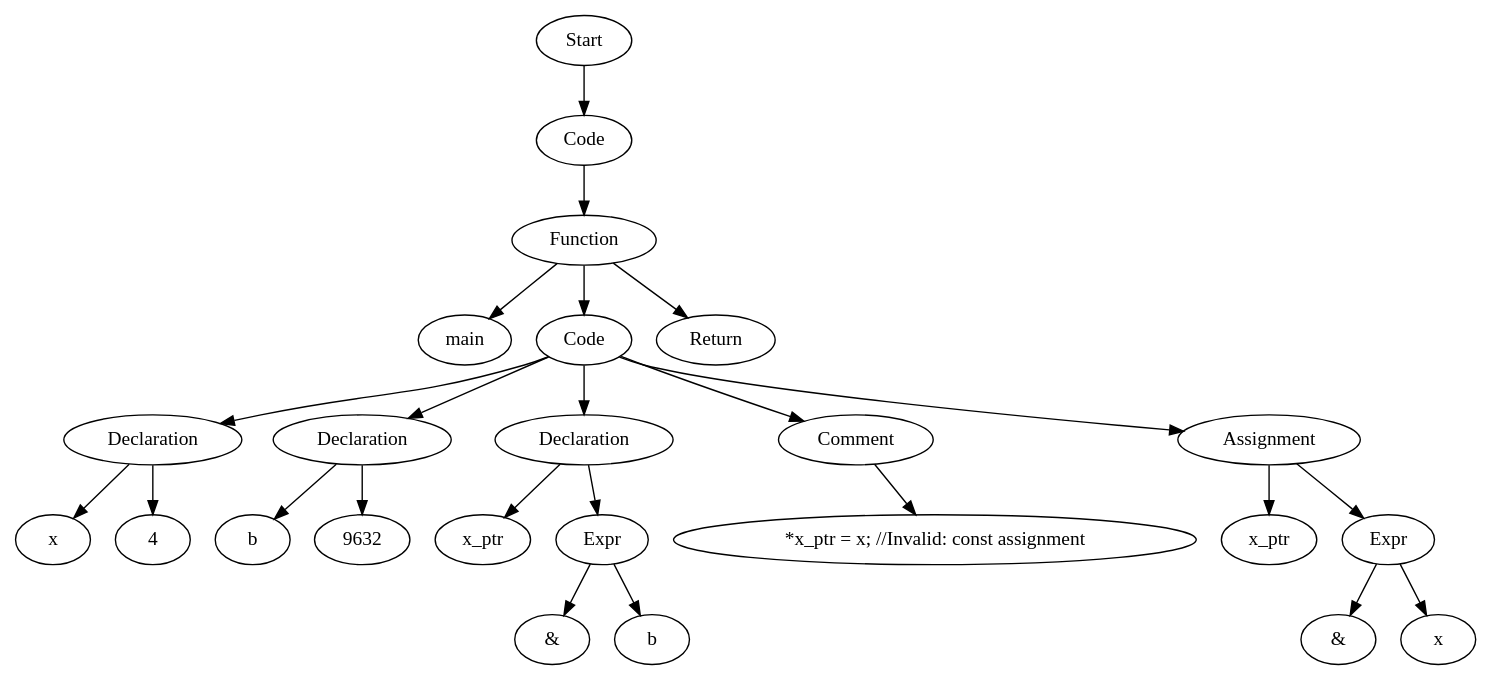
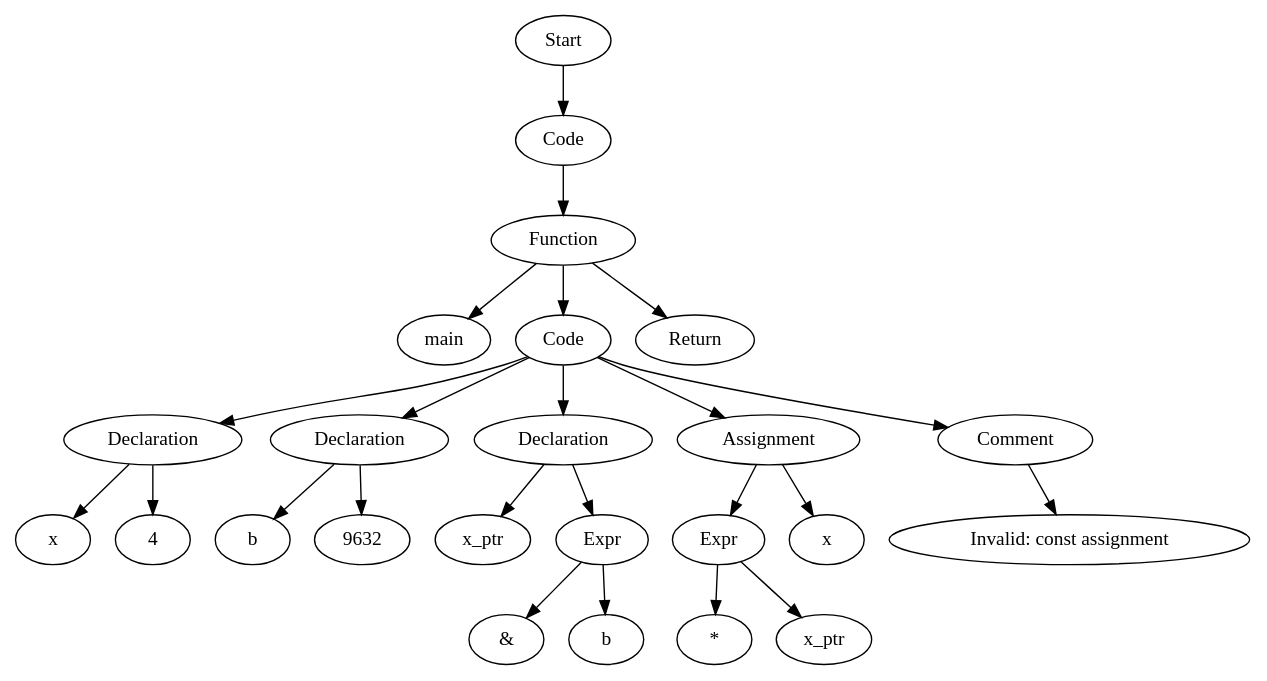
Before and after one commit to Are-you-listening/Compilers: the diagram in TestCases/ASTTests/SemanticErrorsTests/CreateTests/read_file_before.dot, drawn with Graphviz. The commit also changed 24 other files, not shown here.

```diff
--- a/TestCases/ASTTests/SemanticErrorsTests/CreateTests/read_file_before.dot
+++ b/TestCases/ASTTests/SemanticErrorsTests/CreateTests/read_file_before.dot
@@ -1,49 +1,49 @@
 digraph AST {
-  "125904123935616" [label="Start"];
-  "125904123935616" -> "125904123934848";
-  "125904123934848" [label="Code"];
-  "125904123934848" -> "125904123934656";
-  "125904123934656" [label="Function"];
-  "125904123934656" -> "125904123928944";
-  "125904123934656" -> "125904123930528";
-  "125904123934656" -> "125904123935760";
-  "125904123928944" [label="main"];
-  "125904123930528" [label="Code"];
-  "125904123930528" -> "125904123932592";
-  "125904123930528" -> "125904123933936";
-  "125904123930528" -> "125904123931440";
-  "125904123930528" -> "125904123934464";
-  "125904123930528" -> "125904123936240";
-  "125904123932592" [label="Declaration"];
-  "125904123932592" -> "125904123935280";
-  "125904123932592" -> "125904123931920";
-  "125904123935280" [label="x"];
-  "125904123931920" [label="4"];
-  "125904123933936" [label="Declaration"];
-  "125904123933936" -> "125904123934800";
-  "125904123933936" -> "125904123932256";
-  "125904123934800" [label="b"];
-  "125904123932256" [label="9632"];
-  "125904123931440" [label="Declaration"];
-  "125904123931440" -> "125904123930384";
-  "125904123931440" -> "125904123929664";
-  "125904123930384" [label="x_ptr"];
-  "125904123929664" [label="Expr"];
-  "125904123929664" -> "125904123935376";
-  "125904123929664" -> "125904123936144";
-  "125904123935376" [label="&"];
-  "125904123936144" [label="b"];
-  "125904123934464" [label="Comment"];
-  "125904123934464" -> "125904124134112";
-  "125904124134112" [label="*x_ptr = x; //Invalid: const assignment"];
-  "125904123936240" [label="Assignment"];
-  "125904123936240" -> "125904123936384";
-  "125904123936240" -> "125904123936528";
-  "125904123936384" [label="x_ptr"];
-  "125904123936528" [label="Expr"];
-  "125904123936528" -> "125904123936624";
-  "125904123936528" -> "125904124133632";
-  "125904123936624" [label="&"];
-  "125904124133632" [label="x"];
-  "125904123935760" [label="Return"];
+  "133177803622864" [label="Start"];
+  "133177803622864" -> "133177803623152";
+  "133177803623152" [label="Code"];
+  "133177803623152" -> "133177803624976";
+  "133177803624976" [label="Function"];
+  "133177803624976" -> "133177803625504";
+  "133177803624976" -> "133177803625600";
+  "133177803624976" -> "133177803622576";
+  "133177803625504" [label="main"];
+  "133177803625600" [label="Code"];
+  "133177803625600" -> "133177803626464";
+  "133177803625600" -> "133177803625072";
+  "133177803625600" -> "133177803627616";
+  "133177803625600" -> "133177803633184";
+  "133177803625600" -> "133177803622720";
+  "133177803626464" [label="Declaration"];
+  "133177803626464" -> "133177803630304";
+  "133177803626464" -> "133177803625024";
+  "133177803630304" [label="x"];
+  "133177803625024" [label="4"];
+  "133177803625072" [label="Declaration"];
+  "133177803625072" -> "133177803629968";
+  "133177803625072" -> "133177803630160";
+  "133177803629968" [label="b"];
+  "133177803630160" [label="9632"];
+  "133177803627616" [label="Declaration"];
+  "133177803627616" -> "133177803624880";
+  "133177803627616" -> "133177803631744";
+  "133177803624880" [label="x_ptr"];
+  "133177803631744" [label="Expr"];
+  "133177803631744" -> "133177803632272";
+  "133177803631744" -> "133177803622048";
+  "133177803632272" [label="&"];
+  "133177803622048" [label="b"];
+  "133177803633184" [label="Assignment"];
+  "133177803633184" -> "133177803620560";
+  "133177803633184" -> "133177803621520";
+  "133177803620560" [label="Expr"];
+  "133177803620560" -> "133177803636448";
+  "133177803620560" -> "133177803621856";
+  "133177803636448" [label="*"];
+  "133177803621856" [label="x_ptr"];
+  "133177803621520" [label="x"];
+  "133177803622720" [label="Comment"];
+  "133177803622720" -> "133177803620608";
+  "133177803620608" [label="Invalid: const assignment"];
+  "133177803622576" [label="Return"];
 }
```
